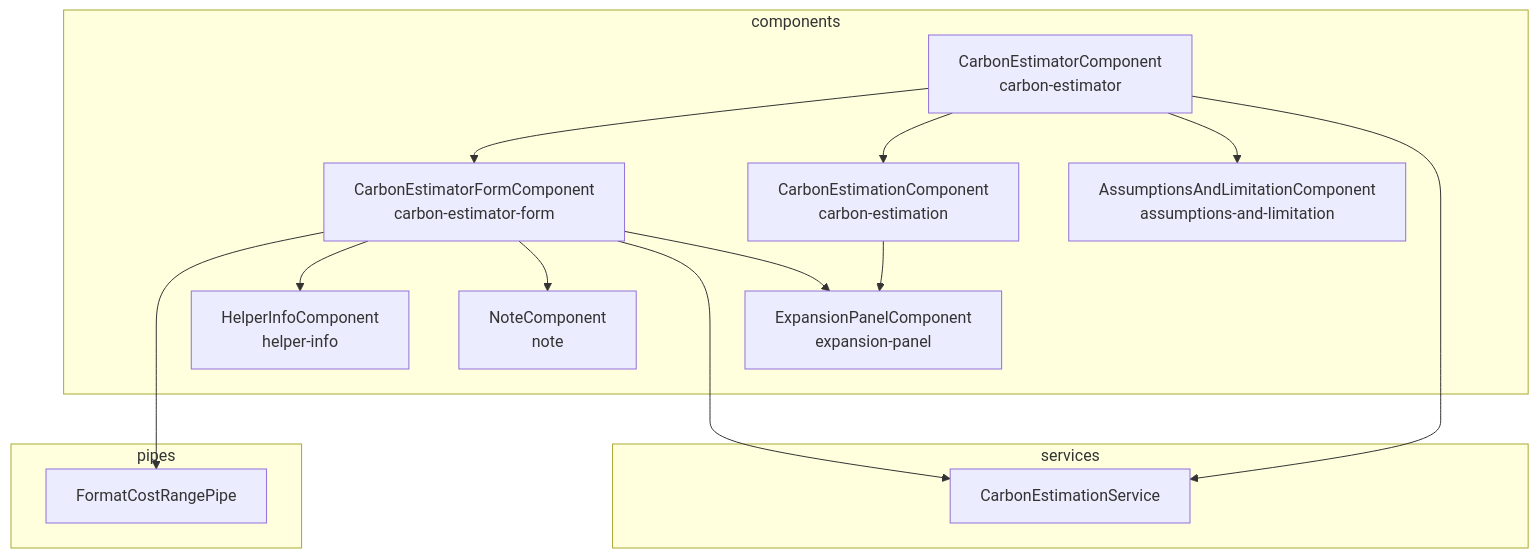
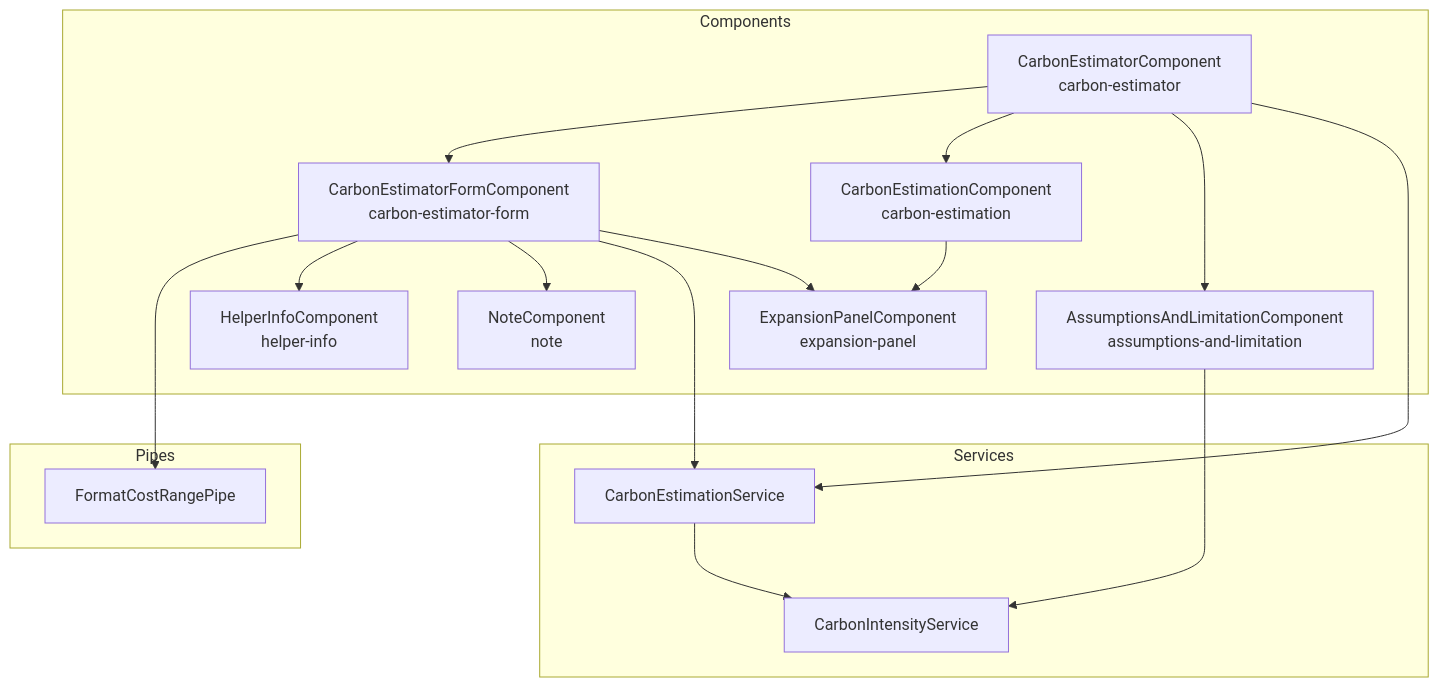
Before and after one commit to ScottLogic/sl-tech-carbon-estimator: the diagram in docs/components.md, drawn with Mermaid. The commit also changed other lines of this file, not shown here.

Commit message:
Added CarbonIntensityService into the components documentation

````diff
--- a/docs/components.md
+++ b/docs/components.md
@@ -5,31 +5,33 @@
 ```mermaid
 flowchart TB
-  subgraph components
+  subgraph Components
     CarbonEstimator["`CarbonEstimatorComponent
     carbon-estimator`"]
     CarbonEstimatorForm["`CarbonEstimatorFormComponent
     carbon-estimator-form`"]
     CarbonEstimation["`CarbonEstimationComponent
     carbon-estimation`"]
     Assumptions["`AssumptionsAndLimitationComponent
     assumptions-and-limitation`"]
     HelperInfo["`HelperInfoComponent
     helper-info`"]
     Note["`NoteComponent
     note`"]
     ExpansionPanel["`ExpansionPanelComponent
     expansion-panel`"]
   end
-  subgraph services
+  subgraph Services
     CarbonEstimationService
+    CarbonIntensityService
   end
-  subgraph pipes
+  subgraph Pipes
     FormatCostRangePipe
   end
 
   CarbonEstimator --> CarbonEstimatorForm & CarbonEstimation & Assumptions
   CarbonEstimatorForm ---> FormatCostRangePipe
   CarbonEstimatorForm --> HelperInfo & Note
   CarbonEstimator & CarbonEstimatorForm ---> CarbonEstimationService
   CarbonEstimatorForm & CarbonEstimation --> ExpansionPanel
+  CarbonEstimationService & Assumptions --> CarbonIntensityService
 ```
````
